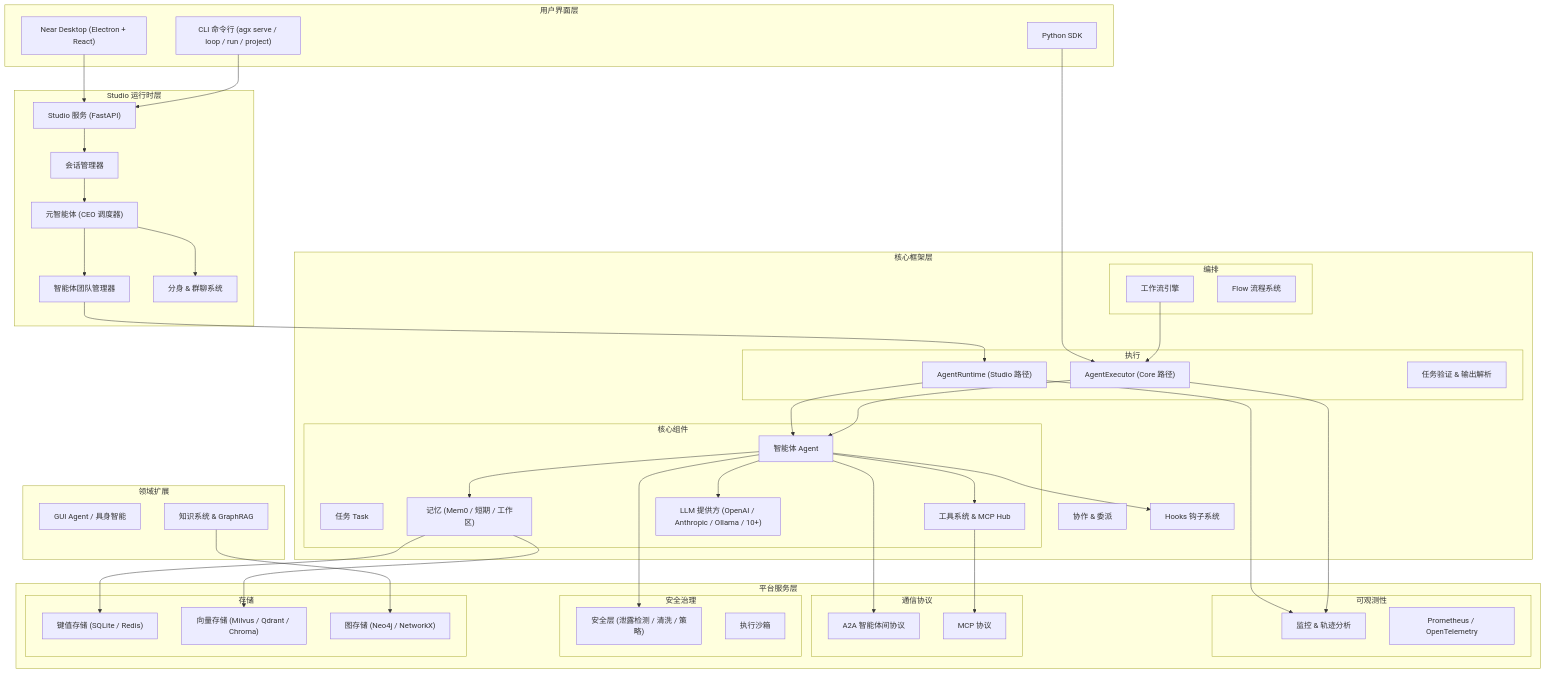
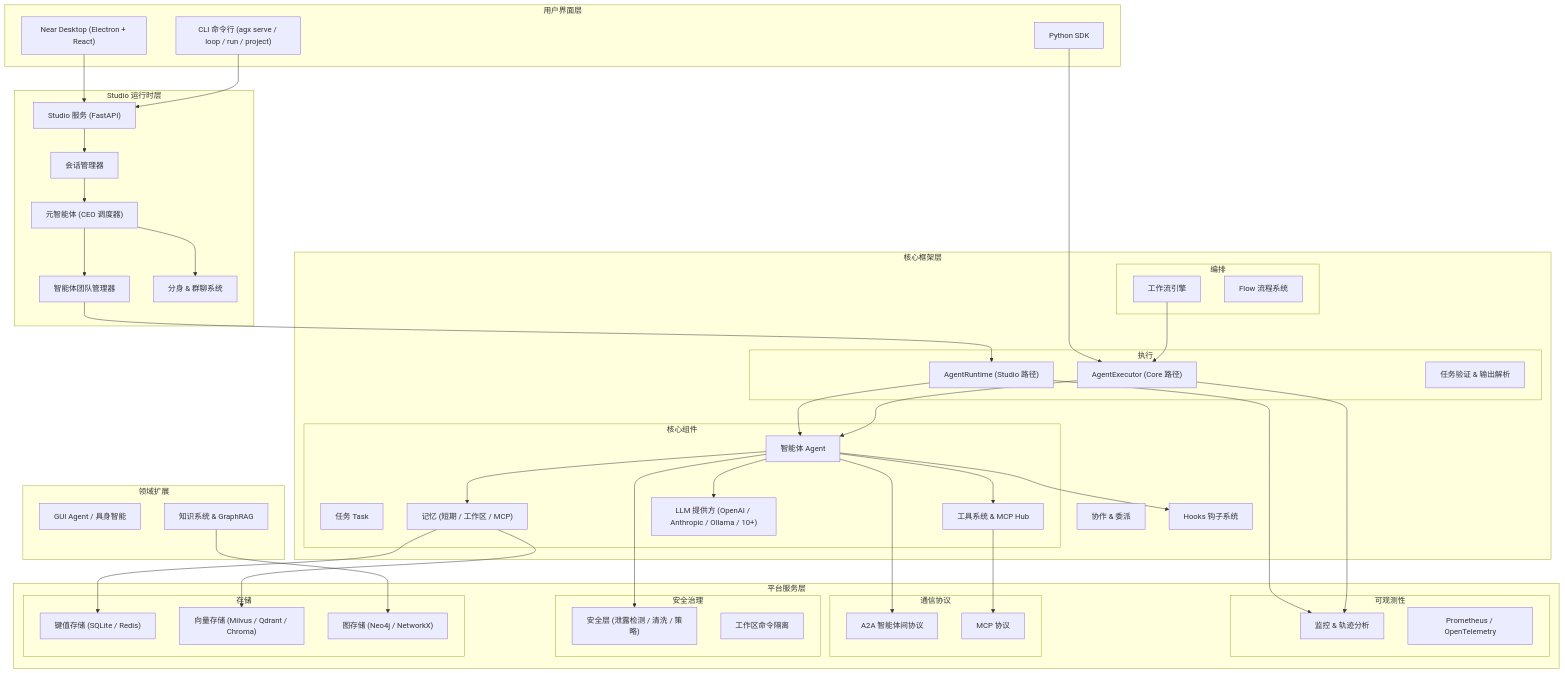
One commit to DemonDamon/AgenticX changed the second of 2 diagrams in README_ZN.md. Above: the diagram before and after it, drawn with Mermaid. The commit also changed other lines of this file and 197 other files, not shown here.

```diff
--- a/README_ZN.md
+++ b/README_ZN.md
@@ -513,7 +504,7 @@
             Agent[智能体 Agent]
             Task[任务 Task]
             Tool["工具系统 & MCP Hub"]
-            Memory["记忆 (Mem0 / 短期 / 工作区)"]
+            Memory["记忆 (短期 / 工作区 / MCP)"]
             LLM["LLM 提供方 (OpenAI / Anthropic / Ollama / 10+)"]
         end
         Collaboration["协作 & 委派"]
@@ -531,7 +522,7 @@
         end
         subgraph "安全治理"
             Safety["安全层 (泄露检测 / 清洗 / 策略)"]
-            Sandbox["执行沙箱"]
+            Sandbox["工作区命令隔离"]
         end
         subgraph "存储"
             KVStore["键值存储 (SQLite / Redis)"]
```
